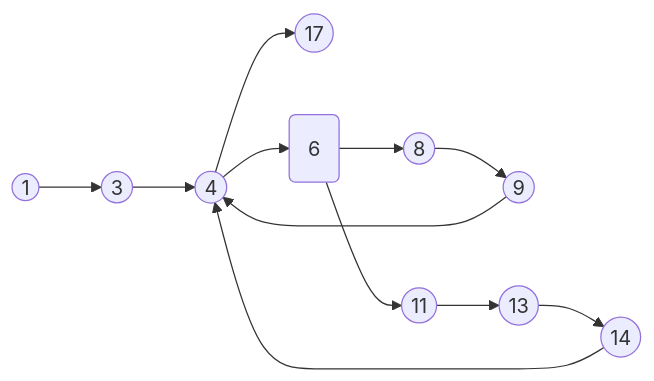
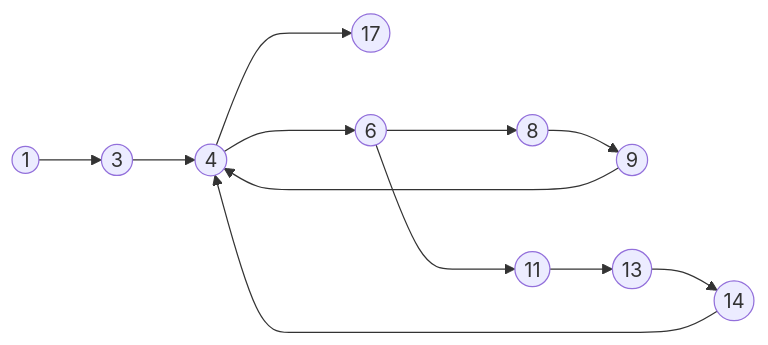
The first of 2 diagrams in Software Testing/Labs/Lab 01.md (sd4483/Obsidian), drawn with Mermaid before and after one commit. The commit also changed other lines of this file, not shown here.

Commit message:
vault backup: 2023-02-23 11:42:09

````diff
--- a/Software Testing/Labs/Lab 01.md
+++ b/Software Testing/Labs/Lab 01.md
@@ -5,14 +5,14 @@
 ```mermaid
 flowchart LR
-	id1((1)) --> id2((3)) --> id3((4)) --> id10((17)) & id4((6))
+	id1((1)) --> id2((3)) --> id3((4)) ---> id10((17)) & id4((6))
 	
-	id4(6) --> id5((8)) & id7((11))
+	id4 ---> id5((8)) & id7((11))
 	
-	id5((8)) --> id6((9))
+	id5 --> id6((9))
 	
-	id6((9)) --> id3((4))
+	id6 --> id3
 	
-	id7((11)) --> id8((13)) --> id9((14))
+	id7 --> id8((13)) --> id9((14))
 	
-	id9((14)) --> id3((4))
+	id9 --> id3
 ```
````
